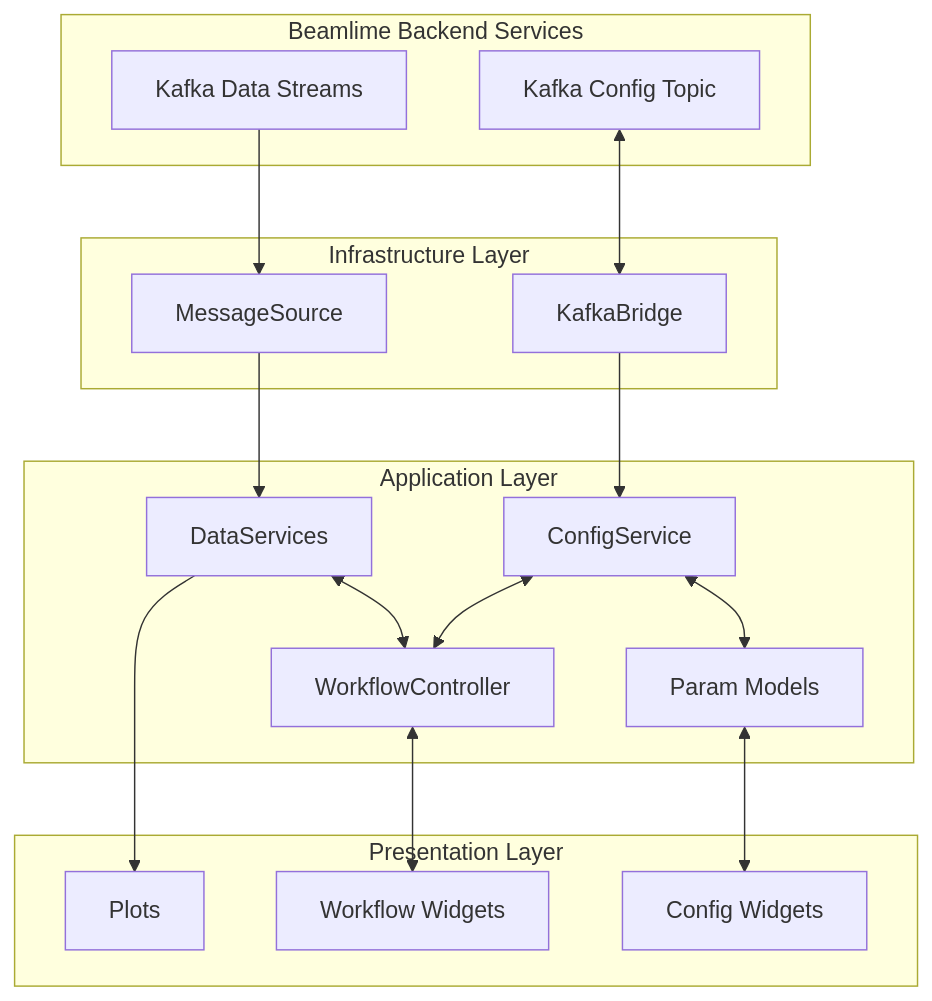
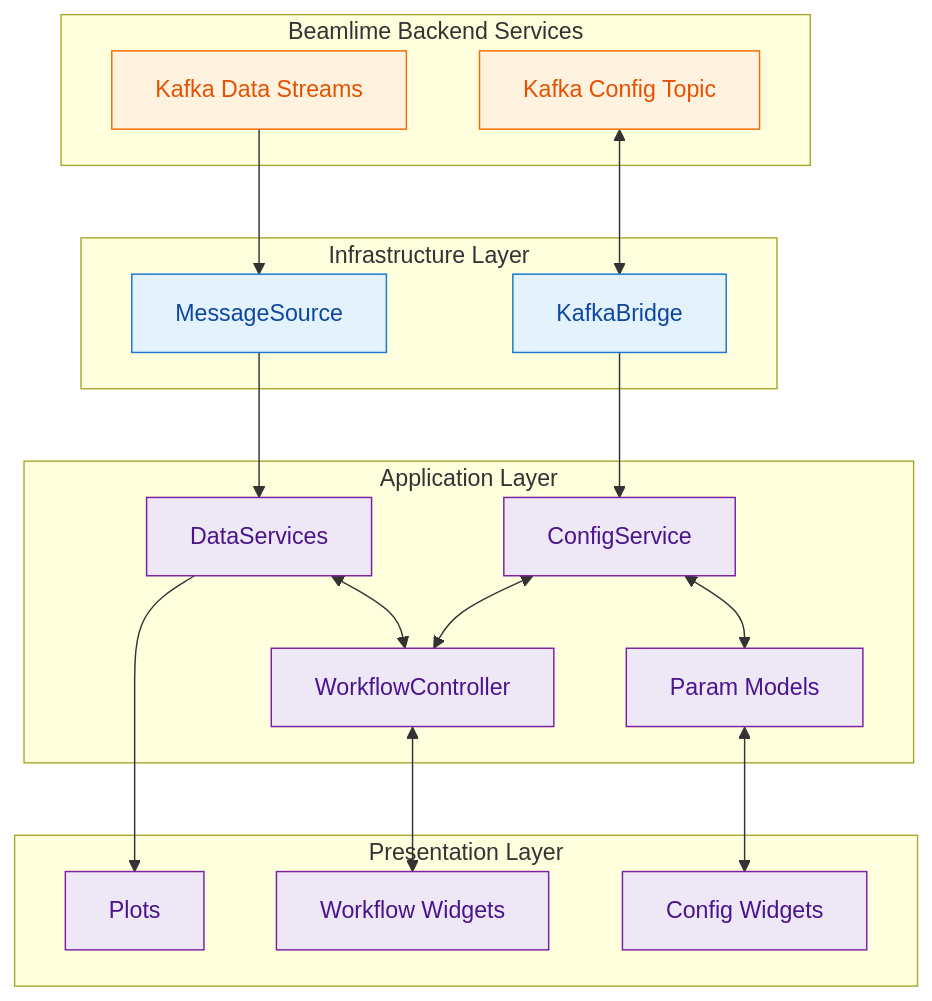
One commit to scipp/beamlime changed the second of 8 diagrams in docs/developer/design/dashboard-architecture.md. Above: the diagram before and after it, drawn with Mermaid. The commit also changed other lines of this file, not shown here.

````diff
--- a/docs/developer/design/dashboard-architecture.md
+++ b/docs/developer/design/dashboard-architecture.md
@@ -69,36 +76,45 @@
 ```mermaid
 graph TD
     subgraph "Beamlime Backend Services"
         K1[Kafka Data Streams]
         K2[Kafka Config Topic]
     end
 
     subgraph "Infrastructure Layer"
         KB[KafkaBridge]
         MS[MessageSource]
     end
 
     subgraph "Application Layer"
         CS[ConfigService]
         DS[DataServices]
         PM[Param Models]
         WC[WorkflowController]
     end
 
     subgraph "Presentation Layer"
         W1[Plots]
         UI[Workflow Widgets]
         W2[Config Widgets]
     end
 
     CS <--> WC
     DS <--> WC
     WC <--> UI
     K1 --> MS
     K2 <--> KB
     MS --> DS
     DS --> W1
     KB --> CS
     CS <--> PM
     PM <--> W2
+
+    classDef kafka fill:#fff3e0,stroke:#ef6c00,color:#e65100;
+    classDef infra fill:#e3f2fd,stroke:#1976d2,color:#0d47a1;
+    classDef app fill:#ede7f6,stroke:#7b1fa2,color:#4a148c;
+    classDef prese fill:#ede7f6,stroke:#7b1fa2,color:#4a148c;
+    class K1,K2 kafka;
+    class KB,MS infra;
+    class CS,DS,PM,WC app;
+    class W1,UI,W2 prese;
 ```
````
